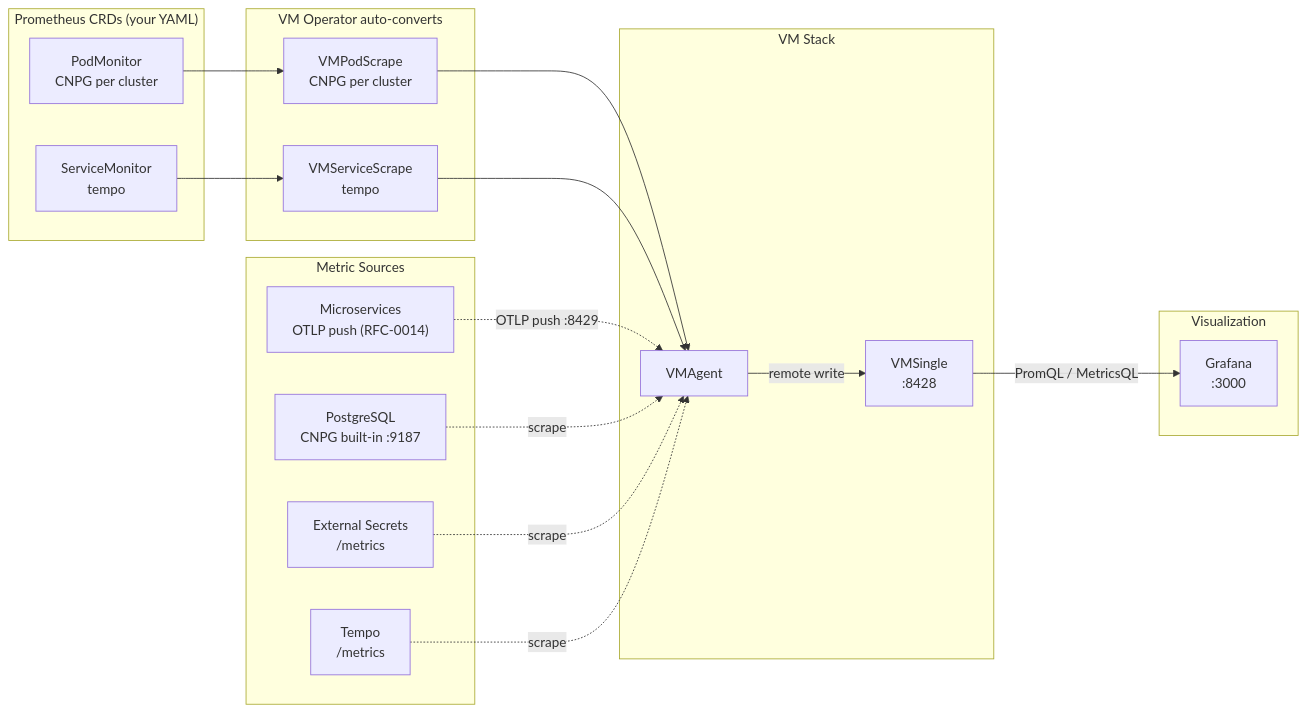
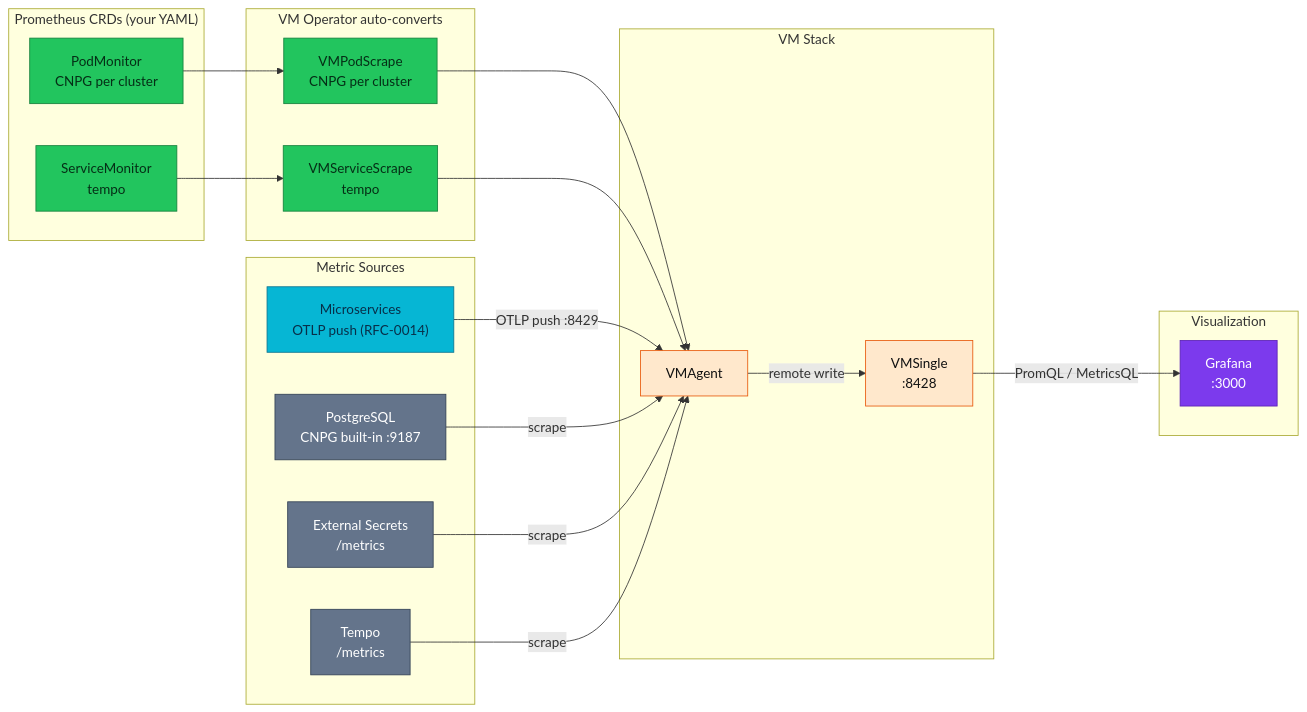
Before and after one commit to duynhlab/homelab: the fourth of 6 diagrams in docs/observability/metrics/victoriametrics.md, drawn with Mermaid. The commit also changed other lines of this file and 33 other files, not shown here.

First line of the commit message:
Refresh observability diagrams (#516)

````diff
--- a/docs/observability/metrics/victoriametrics.md
+++ b/docs/observability/metrics/victoriametrics.md
@@ -480,42 +525,57 @@
 ```mermaid
 flowchart LR
     subgraph sources ["Metric Sources"]
         Apps["Microservices<br/>OTLP push (RFC-0014)"]
         PG["PostgreSQL<br/>CNPG built-in :9187"]
         ESO["External Secrets<br/>/metrics"]
         TempoSvc["Tempo<br/>/metrics"]
     end
 
     subgraph promCRD ["Prometheus CRDs (your YAML)"]
         PM1["PodMonitor<br/>CNPG per cluster"]
         SM2["ServiceMonitor<br/>tempo"]
     end
 
     subgraph autoConv ["VM Operator auto-converts"]
         VMPS1["VMPodScrape<br/>CNPG per cluster"]
         VMSS2["VMServiceScrape<br/>tempo"]
     end
 
     subgraph vmStack ["VM Stack"]
         VMAgent_f["VMAgent"]
         VMSingle_f["VMSingle<br/>:8428"]
     end
 
     subgraph viz ["Visualization"]
         Grafana_f["Grafana<br/>:3000"]
     end
 
     PM1 --> VMPS1
     SM2 --> VMSS2
 
     VMPS1 --> VMAgent_f
     VMSS2 --> VMAgent_f
 
     VMAgent_f -->|"remote write"| VMSingle_f
     VMSingle_f -->|"PromQL / MetricsQL"| Grafana_f
 
-    Apps -.->|"OTLP push :8429"| VMAgent_f
-    PG -.->|scrape| VMAgent_f
-    ESO -.->|scrape| VMAgent_f
-    TempoSvc -.->|scrape| VMAgent_f
+    Apps -->|"OTLP push :8429"| VMAgent_f
+    PG -->|scrape| VMAgent_f
+    ESO -->|scrape| VMAgent_f
+    TempoSvc -->|scrape| VMAgent_f
+
+    classDef service fill:#06b6d4,color:#082f49,stroke:#0e7490;
+    classDef edge fill:#2563eb,color:#fff,stroke:#1e3a8a;
+    classDef platform fill:#7c3aed,color:#fff,stroke:#5b21b6;
+    classDef external fill:#64748b,color:#fff,stroke:#334155;
+    classDef data fill:#22c55e,color:#052e16,stroke:#15803d;
+    classDef metric fill:#ffe8cc,color:#111,stroke:#e8590c;
+    classDef log fill:#d3f9d8,color:#111,stroke:#2f9e44;
+    classDef trace fill:#c5f6fa,color:#111,stroke:#0c8599;
+    classDef collector fill:#a5d8ff,color:#111,stroke:#1971c2;
+    class Apps service;
+    class PG,ESO,TempoSvc external;
+    class PM1,SM2,VMPS1,VMSS2 data;
+    class VMAgent_f,VMSingle_f metric;
+    class Grafana_f platform;
 ```
````
